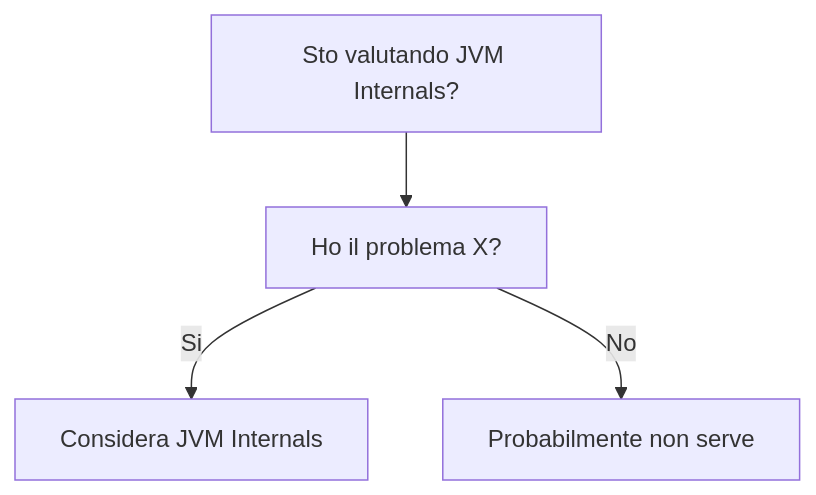
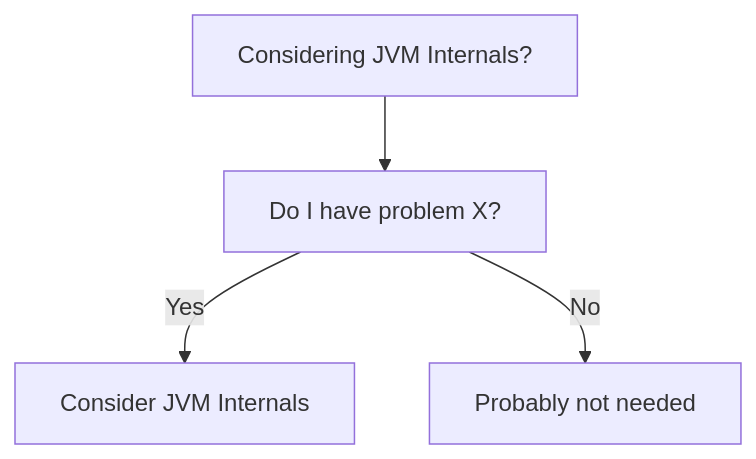
The diagram in dev-wiki/14_Languages/Java/JVM_Internals/When_To_Use.md (HxT9/Software-Dev-Wiki), drawn with Mermaid before and after one commit. The commit also changed other lines of this file and 3444 other files, not shown here.

````diff
--- a/dev-wiki/14_Languages/Java/JVM_Internals/When_To_Use.md
+++ b/dev-wiki/14_Languages/Java/JVM_Internals/When_To_Use.md
@@ -19,6 +19,6 @@
 ```mermaid
 flowchart TD
-  Q[Sto valutando JVM Internals?] --> Q1[Ho il problema X?]
-  Q1 -->|Si| OK[Considera JVM Internals]
-  Q1 -->|No| NO[Probabilmente non serve]
+  Q[Considering JVM Internals?] --> Q1[Do I have problem X?]
+  Q1 -->|Yes| OK[Consider JVM Internals]
+  Q1 -->|No| NO[Probably not needed]
 ```
````
